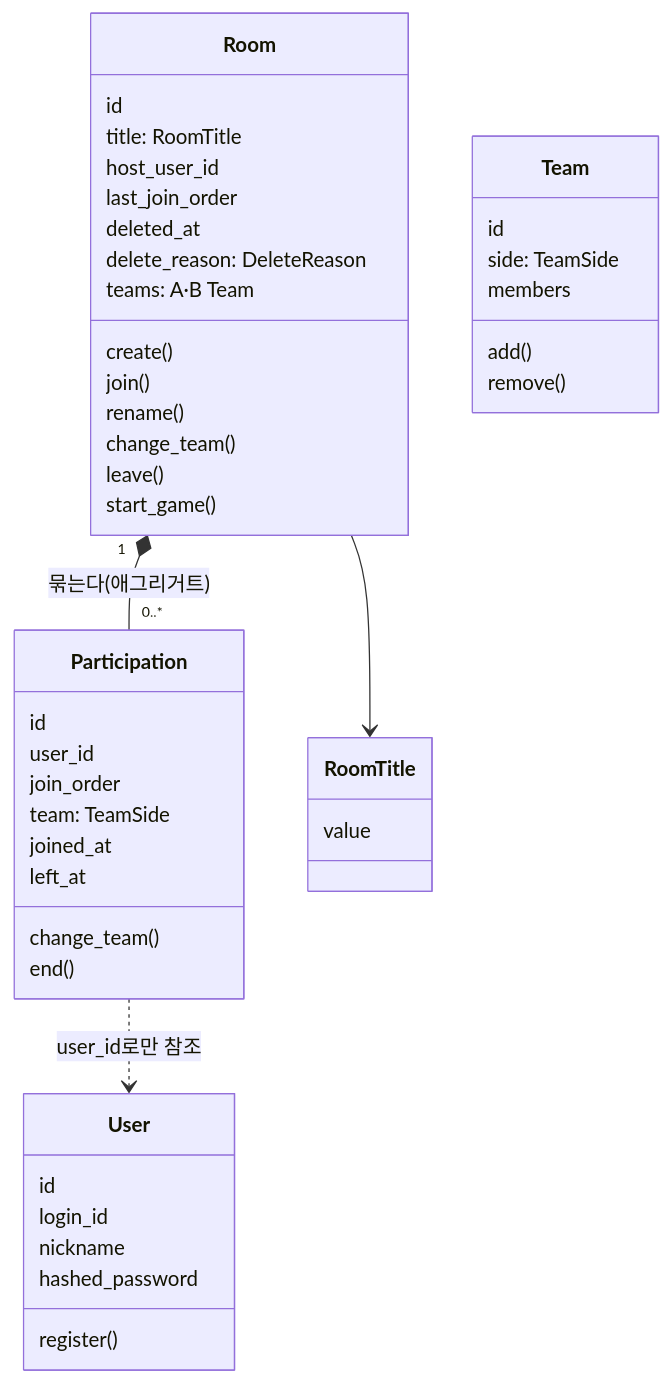
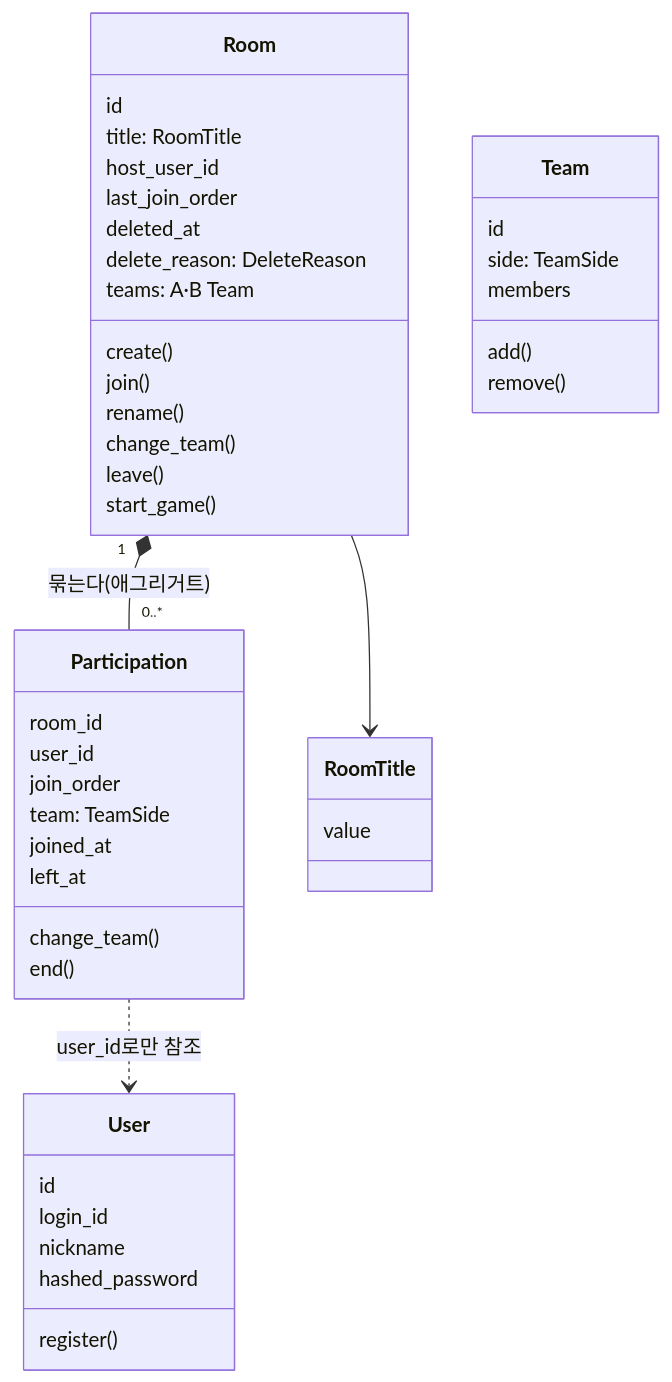
One commit to gyoo303/kant-backend-matchmaking changed the second of 5 diagrams in docs/guides/domain-driven-design.md. Above: the diagram before and after it, drawn with Mermaid. The commit also changed other lines of this file and 2 other files, not shown here.

Commit message:
docs: 현재 참가·이용 로그 분리(D-025, ADR-011)를 팀 API 명세·DDD 가이드·ERD 워크숍에 반영

````diff
--- a/docs/guides/domain-driven-design.md
+++ b/docs/guides/domain-driven-design.md
@@ -251,48 +252,48 @@
 ```mermaid
 classDiagram
     class Room {
         id
         title: RoomTitle
         host_user_id
         last_join_order
         deleted_at
         delete_reason: DeleteReason
         teams: A·B Team
         create()
         join()
         rename()
         change_team()
         leave()
         start_game()
     }
     class Team {
         id
         side: TeamSide
         members
         add()
         remove()
     }
     class Participation {
-        id
+        room_id
         user_id
         join_order
         team: TeamSide
         joined_at
         left_at
         change_team()
         end()
     }
     class RoomTitle {
         value
     }
     class User {
         id
         login_id
         nickname
         hashed_password
         register()
     }
     Room "1" *-- "0..*" Participation : 묶는다(애그리거트)
     Room --> RoomTitle
     Participation ..> User : user_id로만 참조
 ```
````
